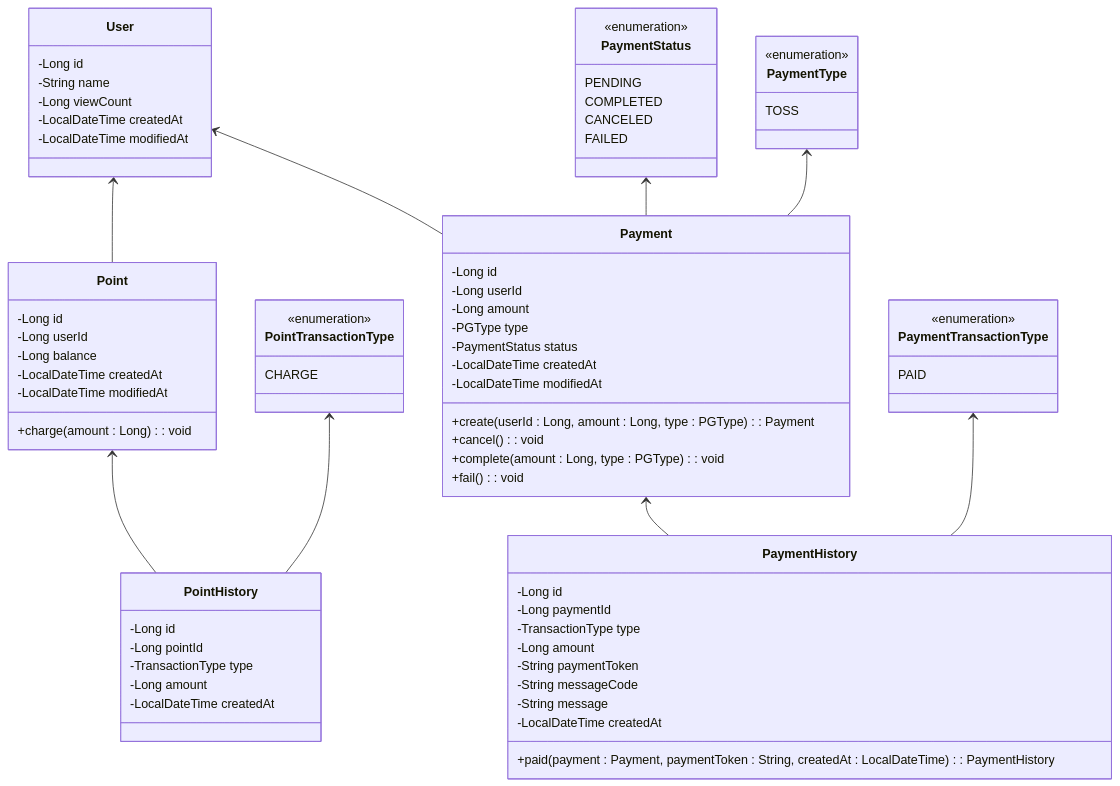
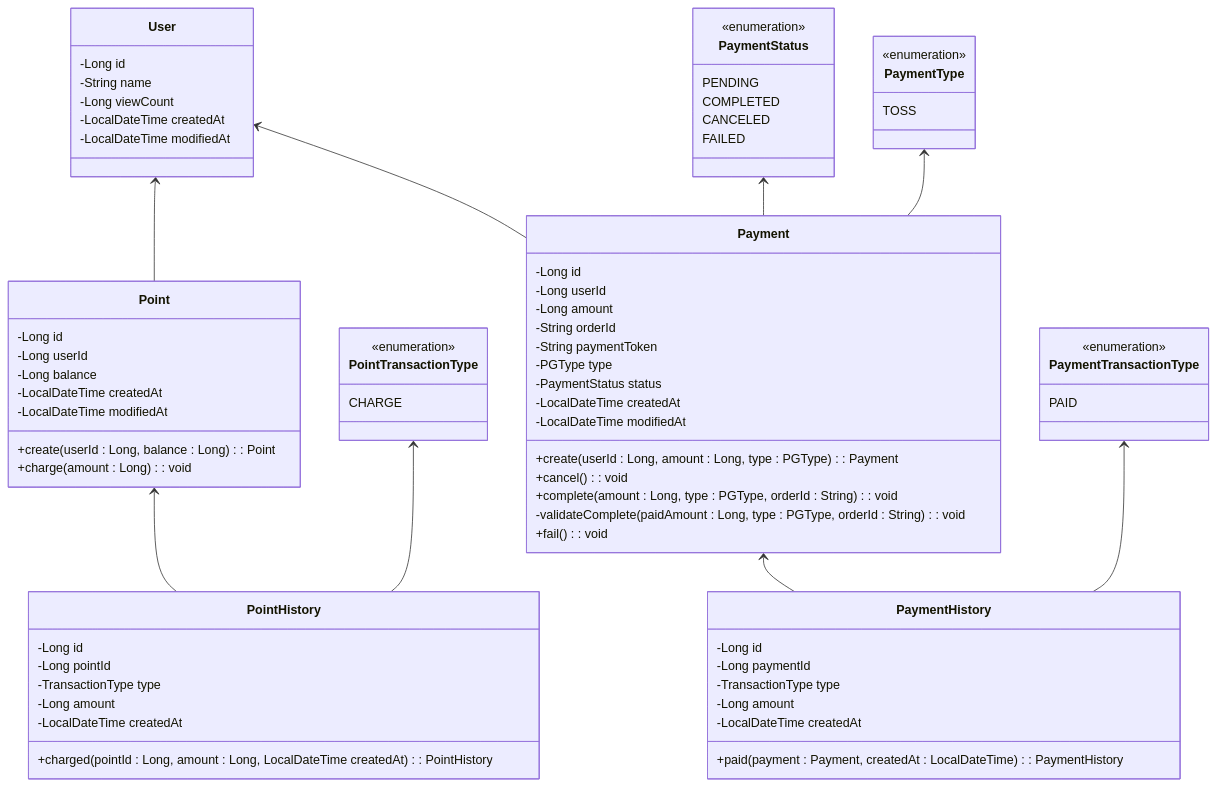
One commit to geonyeop123/pointly changed the diagram in docs/classDiagram.md. Above: the diagram before and after it, drawn with Mermaid. The commit also changed 2 other files, not shown here.

Commit message:
docs : 문서 최신화

````diff
--- a/docs/classDiagram.md
+++ b/docs/classDiagram.md
@@ -10,82 +10,84 @@
 ```mermaid
 classDiagram
     User<--Point
     User<--Payment
     PaymentStatus<--Payment
     PaymentType<--Payment
     Point<--PointHistory
     Payment<--PaymentHistory
     PaymentTransactionType<--PaymentHistory
     PointTransactionType<--PointHistory
     class User {
         -Long id
         -String name
         -Long viewCount
         -LocalDateTime createdAt
         -LocalDateTime modifiedAt
     }
     class Point {
         -Long id
         -Long userId
         -Long balance
         -LocalDateTime createdAt
         -LocalDateTime modifiedAt
+        +create(userId : Long, balance : Long) : Point
         +charge(amount : Long) : void
     }
     class Payment {
         -Long id
         -Long userId
         -Long amount
+        -String orderId
+        -String paymentToken
         -PGType type
         -PaymentStatus status
         -LocalDateTime createdAt
         -LocalDateTime modifiedAt
         +create(userId : Long, amount : Long, type : PGType) : Payment
         +cancel() : void
-        +complete(amount : Long, type : PGType) : void
+        +complete(amount : Long, type : PGType, orderId : String) : void
+        -validateComplete(paidAmount : Long, type : PGType, orderId : String) : void
         +fail() : void
     }
 
     class PaymentStatus {
         <<enumeration>>
         PENDING
         COMPLETED
         CANCELED
         FAILED
     }
 
     class PaymentType {
         <<enumeration>>
         TOSS
     }
 
     class PaymentHistory {
         -Long id
         -Long paymentId
         -TransactionType type
         -Long amount
-        -String paymentToken
-        -String messageCode
-        -String message
         -LocalDateTime createdAt
-        +paid(payment : Payment, paymentToken : String, createdAt : LocalDateTime) : PaymentHistory
+        +paid(payment : Payment, createdAt : LocalDateTime) : PaymentHistory
     }
 
     class PaymentTransactionType {
         <<enumeration>>
         PAID
     }
     class PointHistory{
         -Long id
         -Long pointId
         -TransactionType type
         -Long amount
         -LocalDateTime createdAt
+        +charged(pointId : Long, amount : Long, LocalDateTime createdAt) : PointHistory
     }
     class PointTransactionType {
         <<enumeration>>
         CHARGE
     }
 
 
 ```
````
